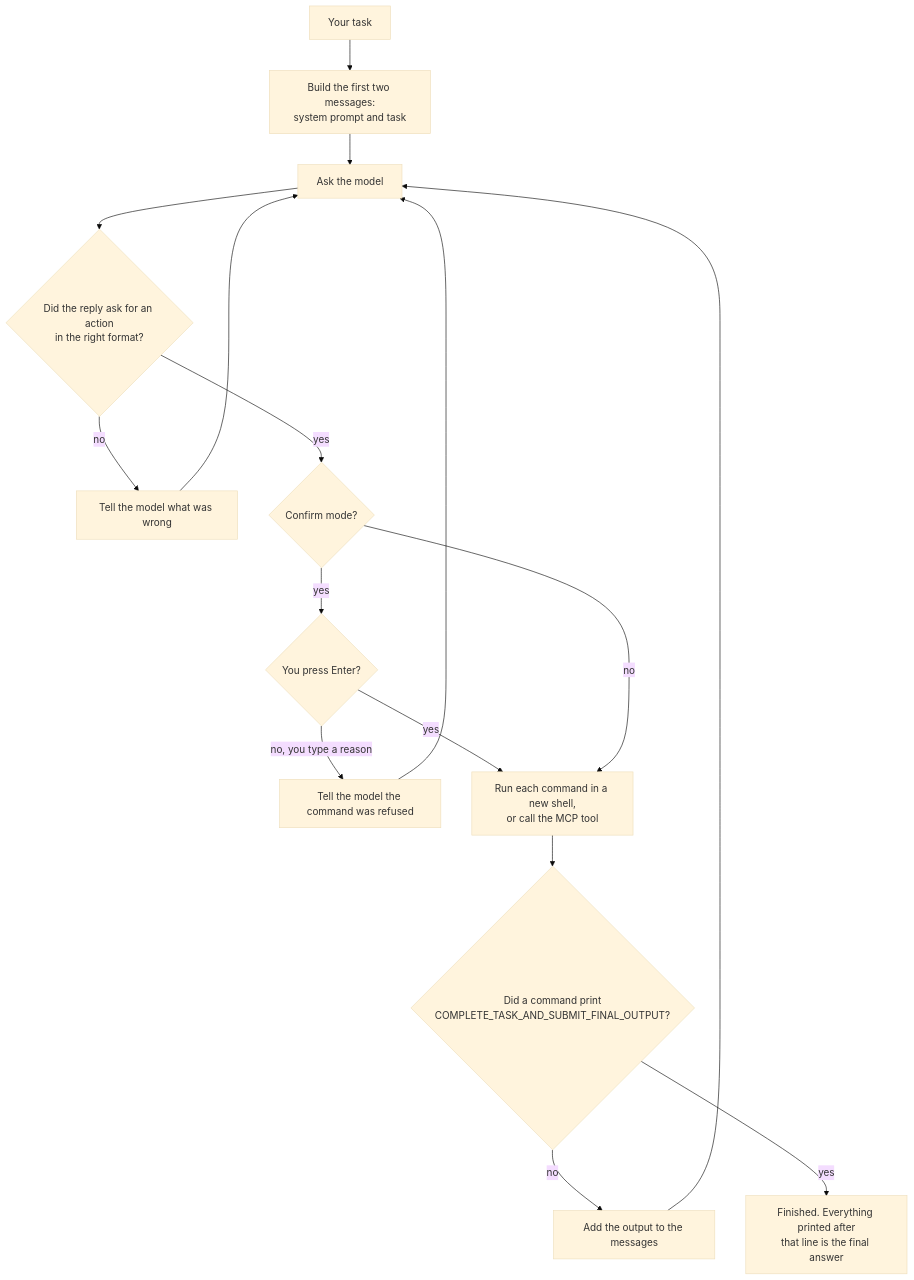
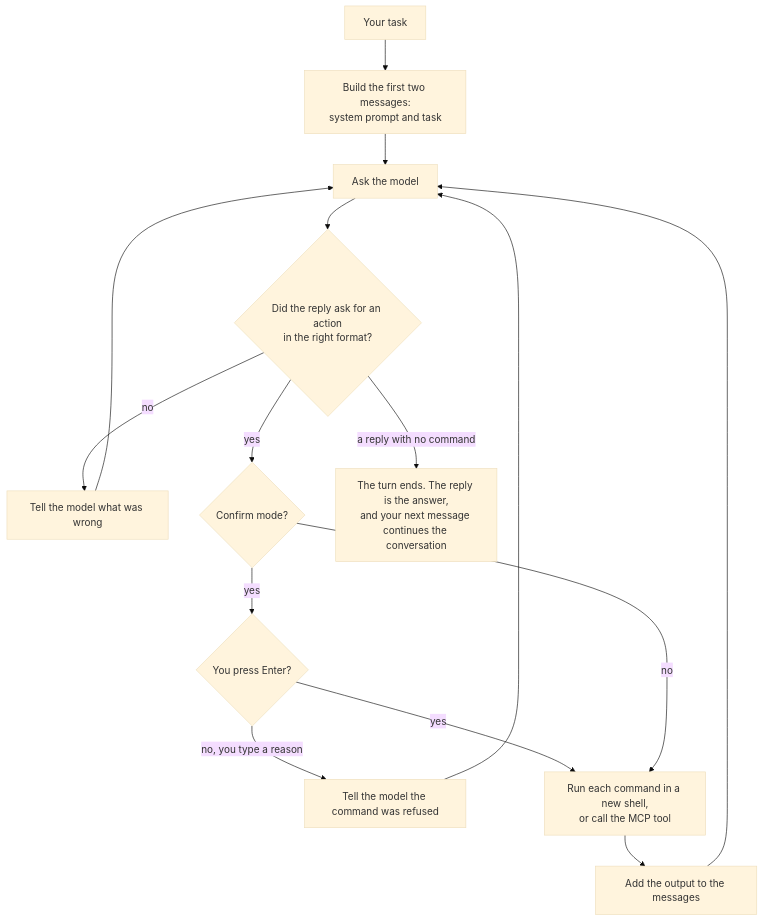
One commit to Black-Rainbow-Labs/umbra changed the first of 2 diagrams in README.md. Above: the diagram before and after it, drawn with Mermaid (base theme). The commit also changed other lines of this file and 3 other files, not shown here.

First line of the commit message:
task-2588: docs for reply turns, the fullscreen view, deferred MCP tools and the compaction change

````diff
--- a/README.md
+++ b/README.md
@@ -147,15 +147,14 @@
 ```mermaid
 flowchart TD
     T[Your task] --> P[Build the first two messages:<br/>system prompt and task]
     P --> Q[Ask the model]
     Q --> R{Did the reply ask for an action<br/>in the right format?}
     R -- no --> E[Tell the model what was wrong] --> Q
     R -- yes --> C{Confirm mode?}
     C -- yes --> Y{You press Enter?}
     Y -- no, you type a reason --> X[Tell the model the command was refused] --> Q
     Y -- yes --> RUN
     C -- no --> RUN[Run each command in a new shell,<br/>or call the MCP tool]
-    RUN --> D{Did a command print<br/>COMPLETE_TASK_AND_SUBMIT_FINAL_OUTPUT?}
-    D -- no --> O[Add the output to the messages] --> Q
-    D -- yes --> F[Finished. Everything printed after<br/>that line is the final answer]
+    RUN --> O[Add the output to the messages] --> Q
+    R -- a reply with no command --> F[The turn ends. The reply is the answer,<br/>and your next message continues the conversation]
 ```
````
